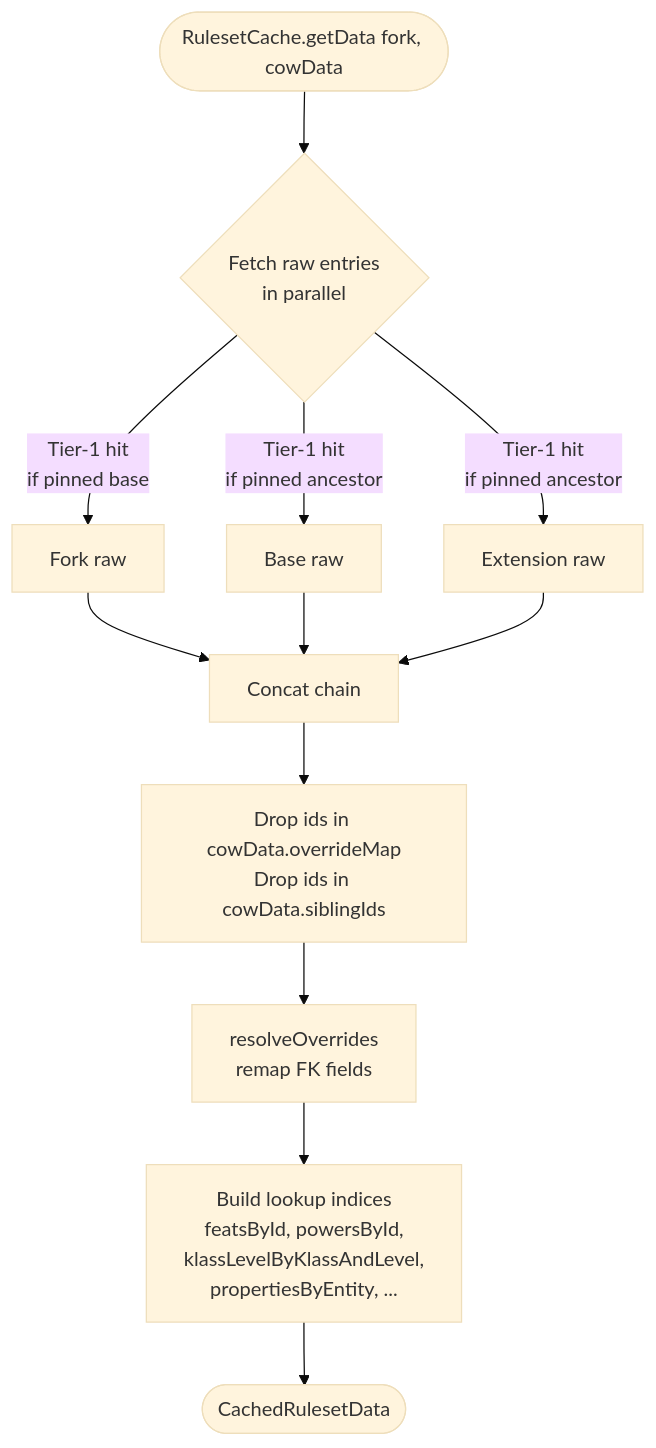
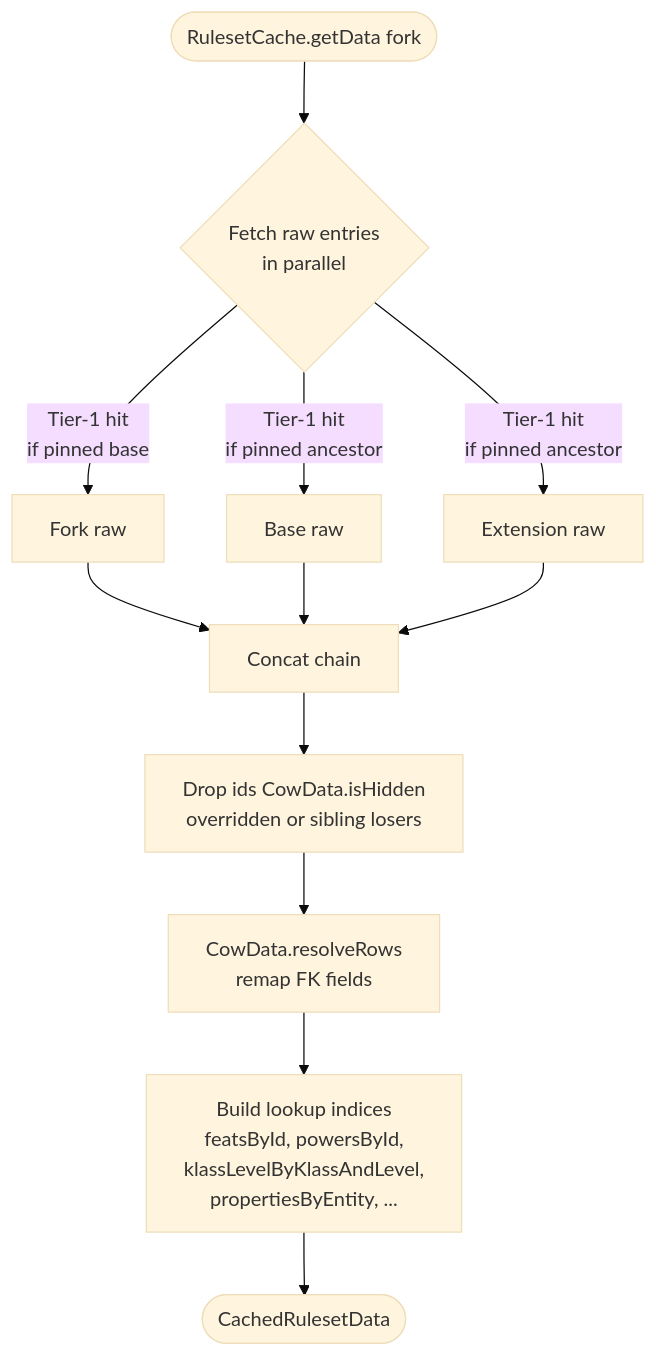
Before and after one commit to PhilippeChab/arkyvree: the second of 7 diagrams in docs/caching.md, drawn with Mermaid (base theme). The commit also changed other lines of this file and 33 other files, not shown here.

First line of the commit message:
Make copy-on-write's state a class: CowData, built by CowDataBuilder, cached by RulesetCache

````diff
--- a/docs/caching.md
+++ b/docs/caching.md
@@ -203,14 +203,14 @@
 ```mermaid
 flowchart TD
-    Start([RulesetCache.getData fork, cowData]) --> Fetch{Fetch raw entries<br/>in parallel}
+    Start([RulesetCache.getData fork]) --> Fetch{Fetch raw entries<br/>in parallel}
     Fetch -->|Tier-1 hit<br/>if pinned base| ForkRaw[Fork raw]
     Fetch -->|Tier-1 hit<br/>if pinned ancestor| BaseRaw[Base raw]
     Fetch -->|Tier-1 hit<br/>if pinned ancestor| ExtRaw[Extension raw]
     ForkRaw --> Concat[Concat chain]
     BaseRaw --> Concat
     ExtRaw --> Concat
-    Concat --> Exclude[Drop ids in cowData.overrideMap<br/>Drop ids in cowData.siblingIds]
-    Exclude --> FKRemap[resolveOverrides<br/>remap FK fields]
+    Concat --> Exclude[Drop ids CowData.isHidden<br/>overridden or sibling losers]
+    Exclude --> FKRemap[CowData.resolveRows<br/>remap FK fields]
     FKRemap --> BuildMaps[Build lookup indices<br/>featsById, powersById,<br/>klassLevelByKlassAndLevel,<br/>propertiesByEntity, ...]
     BuildMaps --> Out([CachedRulesetData])
 ```
````
